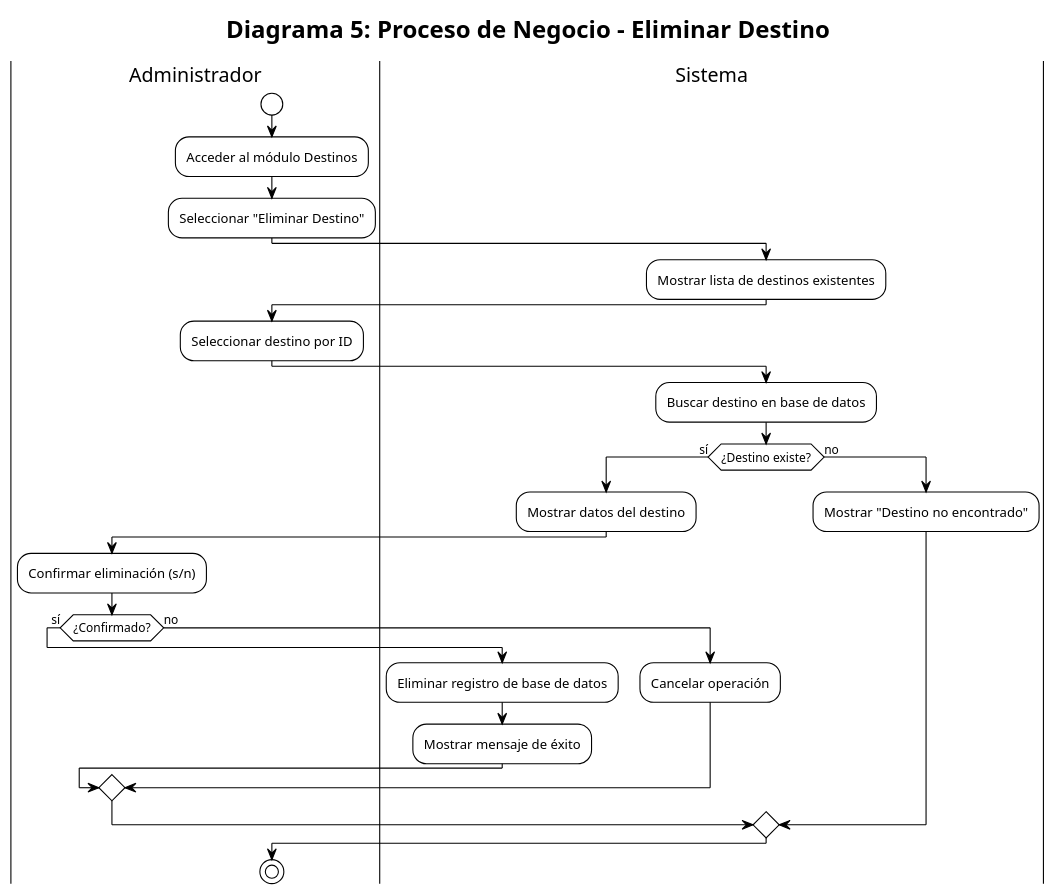
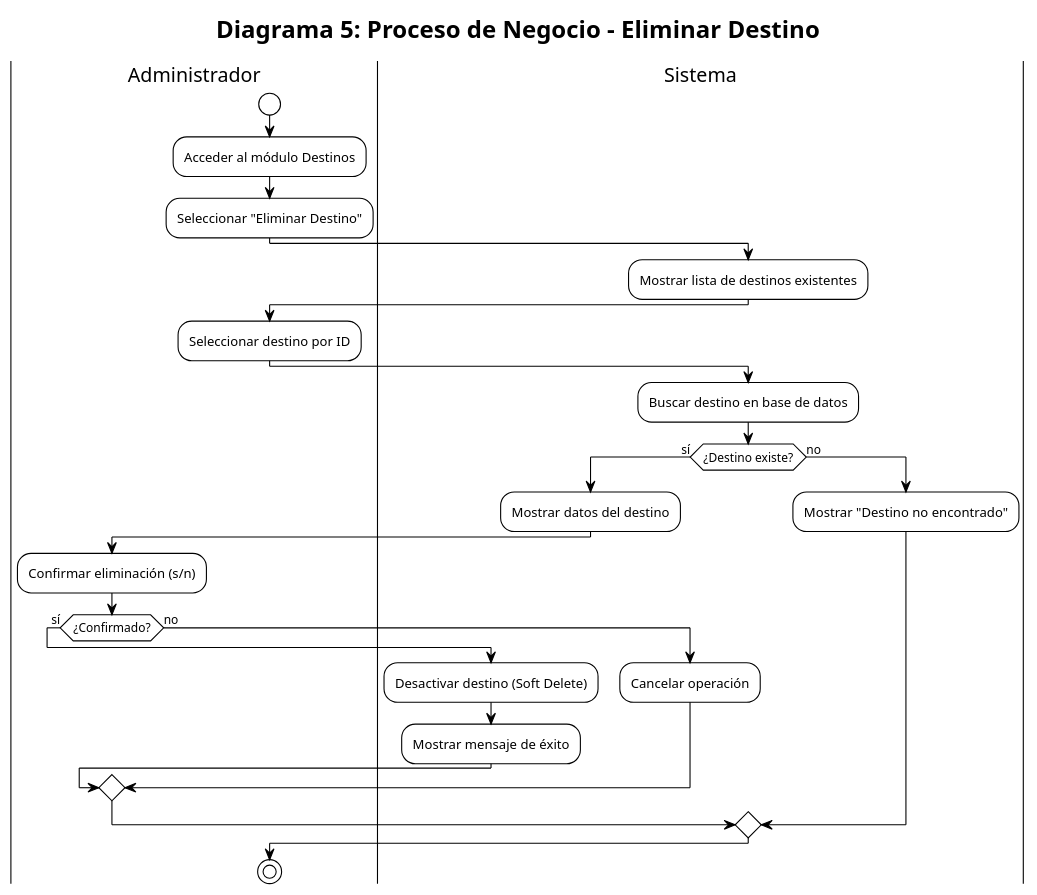
One commit to mjperez/ti3021-viajes-aventura changed the diagram in docs/diagrama5_eliminar_destino.puml. Above: the diagram before and after it, drawn with PlantUML. The commit also changed 23 other files, not shown here.

```diff
--- a/docs/diagrama5_eliminar_destino.puml
+++ b/docs/diagrama5_eliminar_destino.puml
@@ -1,39 +1,39 @@
 @startuml Proceso_Eliminar_Destino
 !theme plain
 title Diagrama 5: Proceso de Negocio - Eliminar Destino
 
 |Administrador|
 start
 :Acceder al módulo Destinos;
 :Seleccionar "Eliminar Destino";
 
 |Sistema|
 :Mostrar lista de destinos existentes;
 
 |Administrador|
 :Seleccionar destino por ID;
 
 |Sistema|
 :Buscar destino en base de datos;
 
 if (¿Destino existe?) then (sí)
     :Mostrar datos del destino;
     
     |Administrador|
     :Confirmar eliminación (s/n);
     
     if (¿Confirmado?) then (sí)
         |Sistema|
-        :Eliminar registro de base de datos;
+        :Desactivar destino (Soft Delete);
         :Mostrar mensaje de éxito;
     else (no)
         :Cancelar operación;
     endif
 else (no)
     :Mostrar "Destino no encontrado";
 endif
 
 |Administrador|
 stop
 
 @enduml
```
